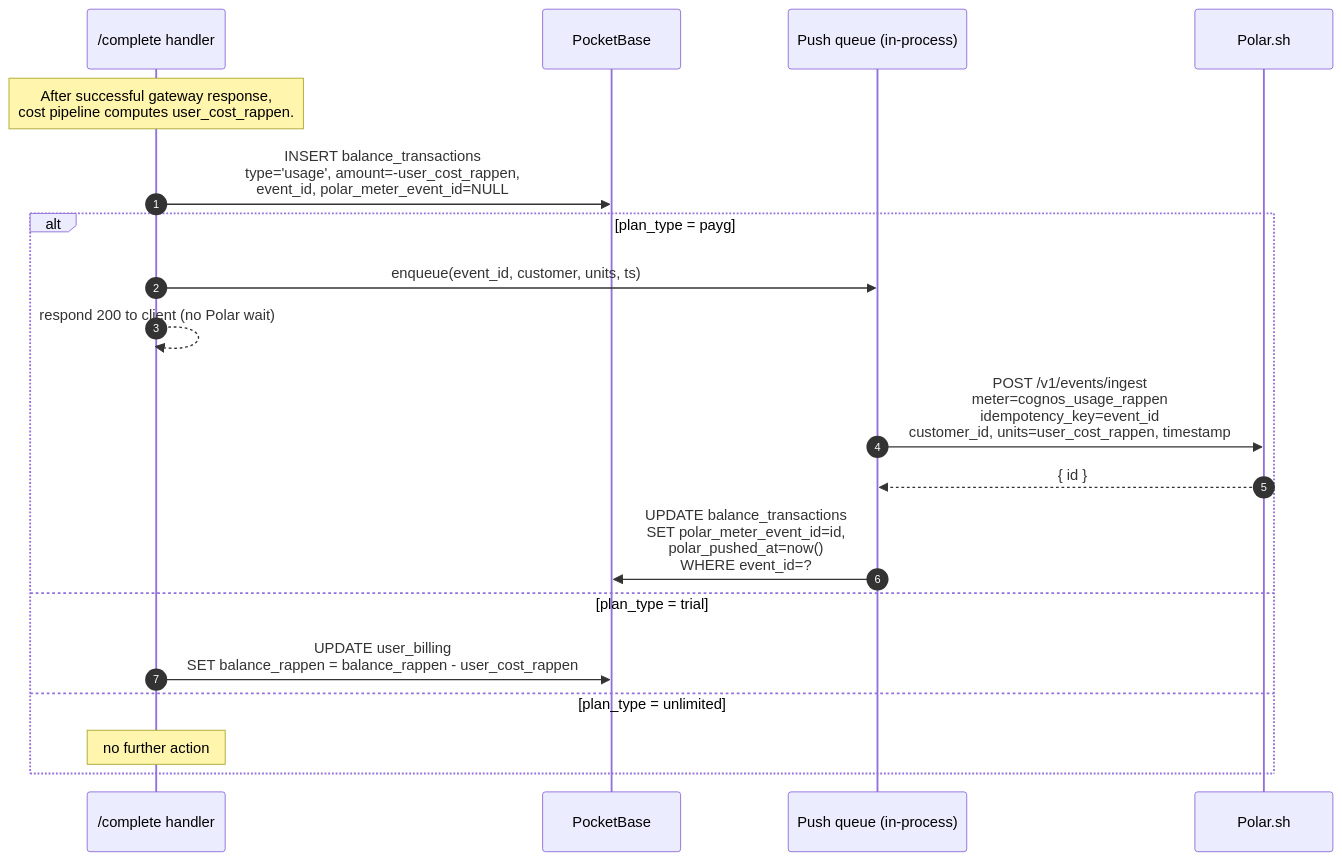
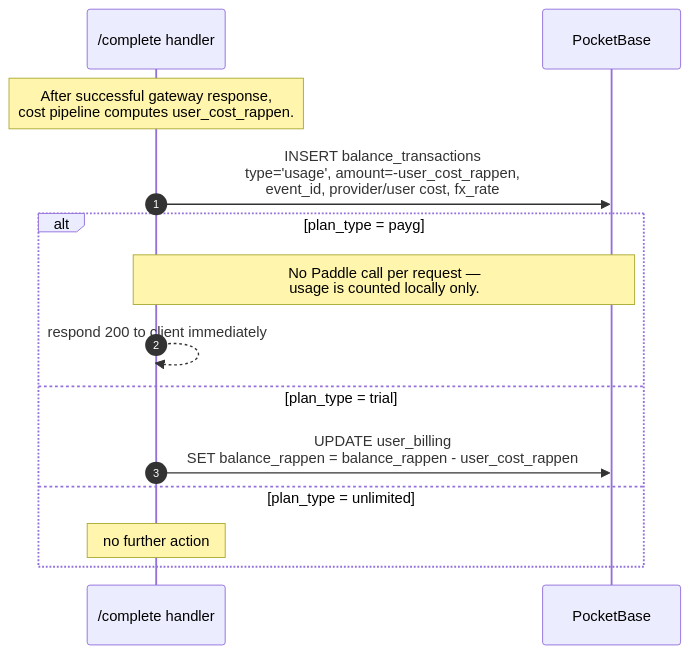
The sixth of 7 diagrams in docs/specs/billing.md (cognos-io/chat.cognos.io), drawn with Mermaid before and after one commit. The commit also changed other lines of this file, not shown here.

````diff
--- a/docs/specs/billing.md
+++ b/docs/specs/billing.md
@@ -758,22 +777,17 @@
 ```mermaid
 sequenceDiagram
     autonumber
     participant H as /complete handler
     participant DB as PocketBase
-    participant Q as Push queue (in-process)
-    participant P as Polar.sh
 
     Note over H: After successful gateway response,<br/>cost pipeline computes user_cost_rappen.
-    H->>DB: INSERT balance_transactions<br/>type='usage', amount=-user_cost_rappen,<br/>event_id, polar_meter_event_id=NULL
+    H->>DB: INSERT balance_transactions<br/>type='usage', amount=-user_cost_rappen,<br/>event_id, provider/user cost, fx_rate
     alt plan_type = payg
-        H->>Q: enqueue(event_id, customer, units, ts)
-        H-->>H: respond 200 to client (no Polar wait)
-        Q->>P: POST /v1/events/ingest<br/>meter=cognos_usage_rappen<br/>idempotency_key=event_id<br/>customer_id, units=user_cost_rappen, timestamp
-        P-->>Q: { id }
-        Q->>DB: UPDATE balance_transactions<br/>SET polar_meter_event_id=id,<br/>polar_pushed_at=now()<br/>WHERE event_id=?
+        Note over H,DB: No Paddle call per request —<br/>usage is counted locally only.
+        H-->>H: respond 200 to client immediately
     else plan_type = trial
         H->>DB: UPDATE user_billing<br/>SET balance_rappen = balance_rappen - user_cost_rappen
     else plan_type = unlimited
         Note over H: no further action
     end
 ```
````
